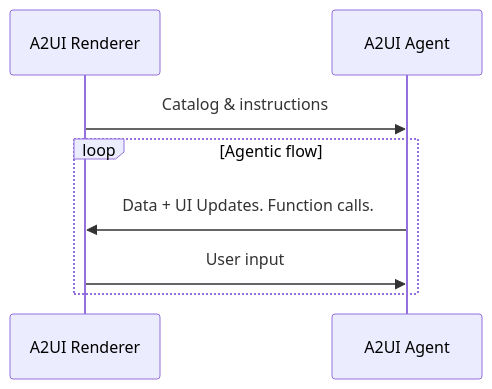
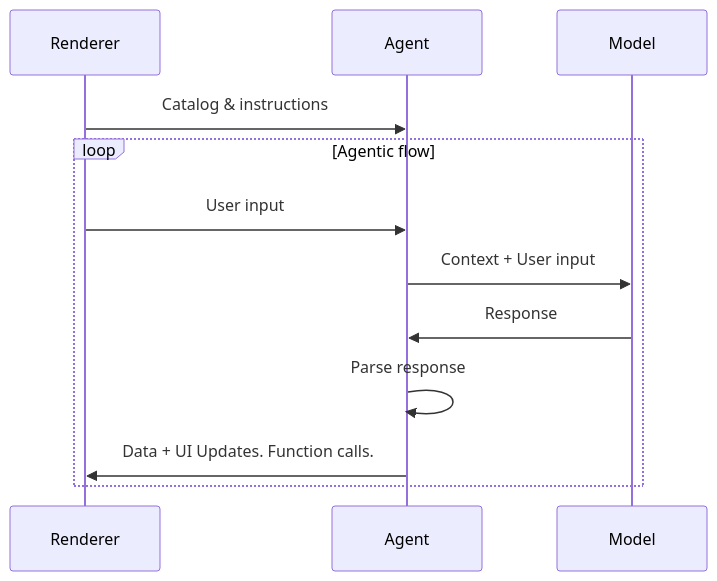
The first of 2 diagrams in docs/public/concepts/glossary.md (a2ui-project/a2ui), drawn with Mermaid before and after one commit. The commit also changed other lines of this file and 1 other file, not shown here.

````diff
--- a/docs/public/concepts/glossary.md
+++ b/docs/public/concepts/glossary.md
@@ -23,12 +21,16 @@
 ```mermaid
 sequenceDiagram
-    participant Renderer as A2UI Renderer
-    participant Agent as A2UI Agent
+    participant Renderer as Renderer
+    participant Agent as Agent
+    participant Model as Model
 
     Renderer->>Agent: Catalog & instructions
 
     loop Agentic flow
-        Agent->>Renderer: Data + UI Updates. Function calls.
         Renderer->>Agent: User input
+        Agent->>Model: Context + User input
+        Model->>Agent: Response
+        Agent->>Agent: Parse response        
+        Agent->>Renderer: Data + UI Updates. Function calls.        
     end
 ```
````
